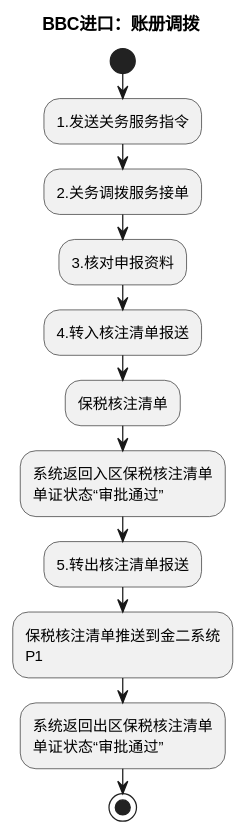
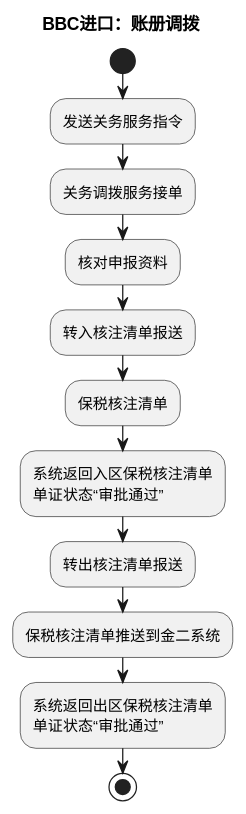
One commit to jack888332/projects-doc changed the sixth of 12 diagrams in product-caliber/goldjet/segmented-prd/mainflow/PRD.高捷物流系统一期.主流程.06.跨境电商BBC进口详细流程.md. Above: the diagram before and after it, drawn with PlantUML. The commit also changed other lines of this file and 24 other files, not shown here.

````diff
--- a/product-caliber/goldjet/segmented-prd/mainflow/PRD.高捷物流系统一期.主流程.06.跨境电商BBC进口详细流程.md
+++ b/product-caliber/goldjet/segmented-prd/mainflow/PRD.高捷物流系统一期.主流程.06.跨境电商BBC进口详细流程.md
@@ -258,17 +258,17 @@
 ```plantuml
 @startuml
 skinparam activityDiamondBackgroundColor #FFF4CC
 title BBC进口：账册调拨
 start
-:1.发送关务服务指令;
-:2.关务调拨服务接单;
-:3.核对申报资料;
-:4.转入核注清单报送;
+:发送关务服务指令;
+:关务调拨服务接单;
+:核对申报资料;
+:转入核注清单报送;
 :保税核注清单;
 :系统返回入区保税核注清单\n单证状态“审批通过”;
-:5.转出核注清单报送;
-:保税核注清单推送到金二系统\nP1;
+:转出核注清单报送;
+:保税核注清单推送到金二系统;
 :系统返回出区保税核注清单\n单证状态“审批通过”;
 stop
 @enduml
 ```
````
